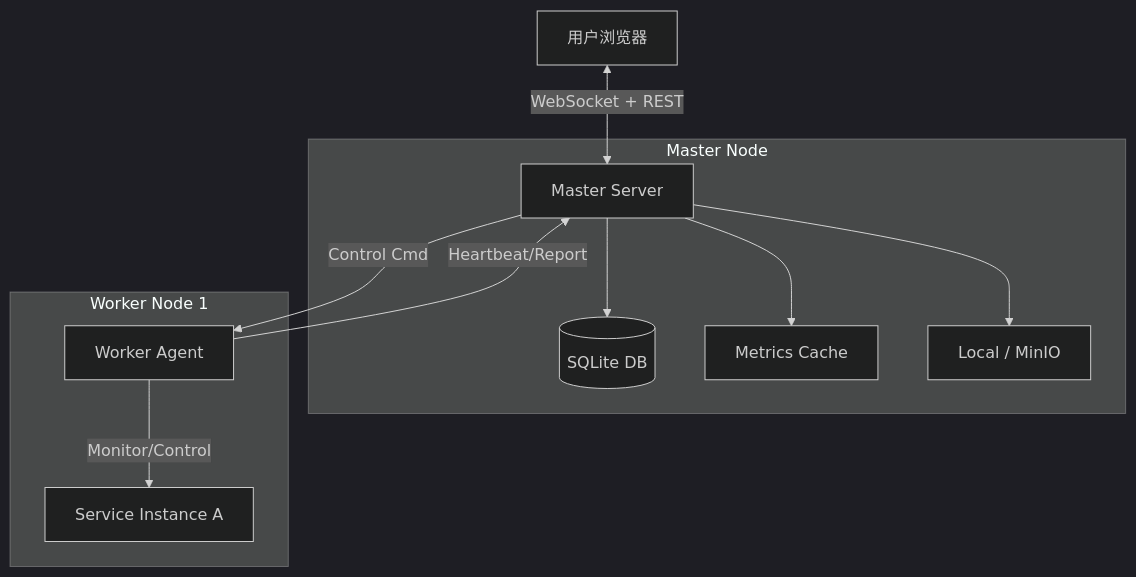
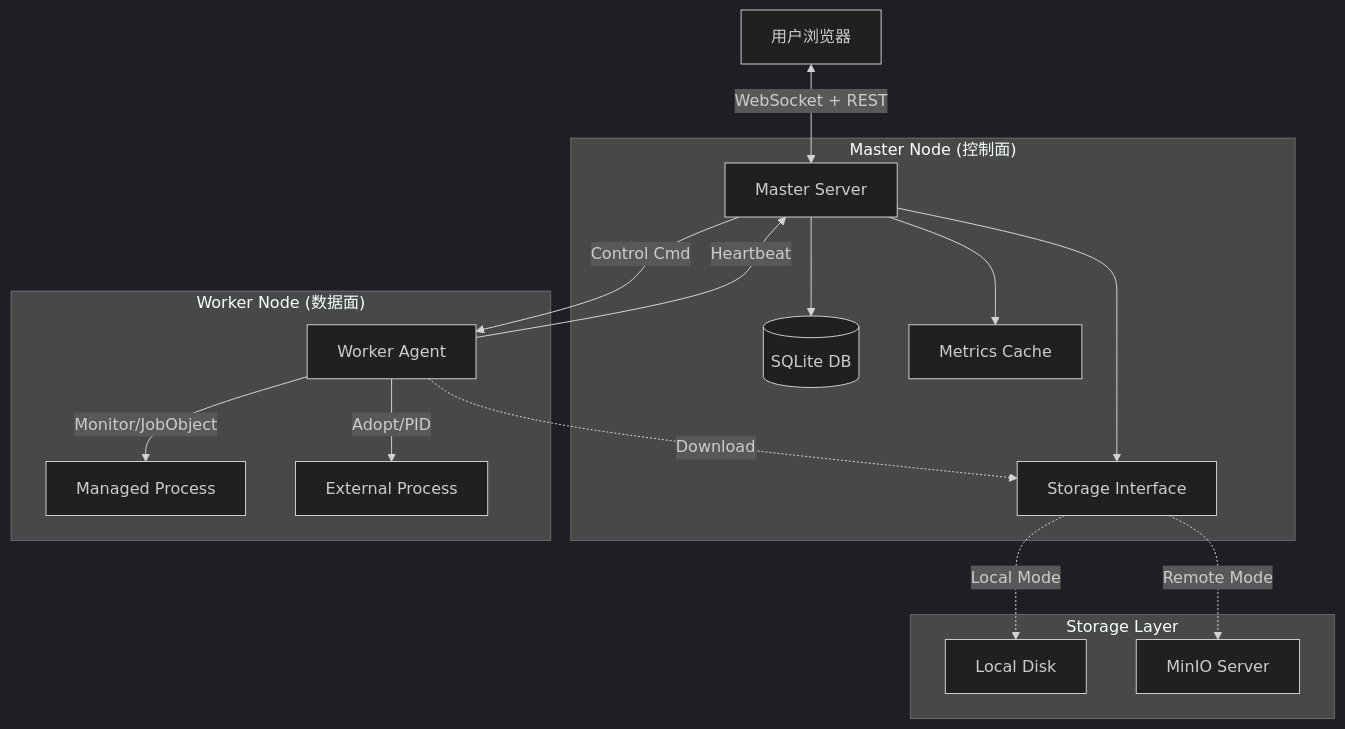
Before and after one commit to LinYang-github/ops-system: the diagram in README.md, drawn with Mermaid (dark theme). The commit also changed other lines of this file and 3 other files, not shown here.

````diff
--- a/README.md
+++ b/README.md
@@ -46,24 +47,33 @@
 ```mermaid
 graph TD
     User[用户浏览器] <-->|WebSocket + REST| Master
     
-    subgraph Master Node
+    subgraph "Master Node (控制面)"
         Master[Master Server]
         SQLite[(SQLite DB)]
         MemMap[Metrics Cache]
-        FileStore[Local / MinIO]
+        StoreProvider[Storage Interface]
         
         Master --> SQLite
         Master --> MemMap
-        Master --> FileStore
+        Master --> StoreProvider
     end
     
-    subgraph Worker Node 1
-        Worker1[Worker Agent]
-        App1[Service Instance A]
+    subgraph "Storage Layer"
+        StoreProvider -.->|Local Mode| Disk[Local Disk]
+        StoreProvider -.->|Remote Mode| MinIO[MinIO Server]
+    end
+    
+    subgraph "Worker Node (数据面)"
+        Worker[Worker Agent]
+        ProcessA[Managed Process]
+        ProcessB[External Process]
         
-        Worker1 -->|Heartbeat/Report| Master
-        Master -->|Control Cmd| Worker1
-        Worker1 -->|Monitor/Control| App1
+        Worker -->|Heartbeat| Master
+        Master -->|Control Cmd| Worker
+        Worker -.->|Download| StoreProvider
+        
+        Worker -->|Monitor/JobObject| ProcessA
+        Worker -->|Adopt/PID| ProcessB
     end
 ```
````
